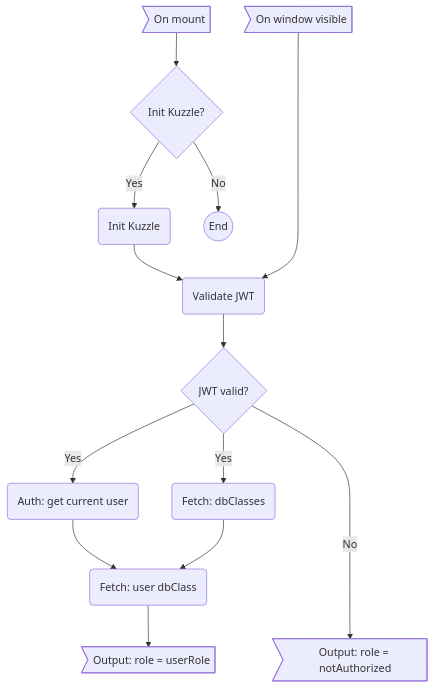
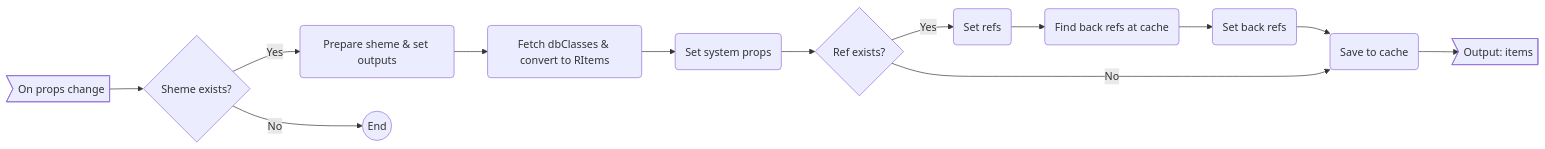
One commit to rolderdev/rolder-kit changed the diagram in docs/UseData.md. Above: the diagram before and after it, drawn with Mermaid. The commit also changed 66 other files, not shown here.

````diff
--- a/docs/UseData.md
+++ b/docs/UseData.md
@@ -8,12 +8,10 @@
 ```mermaid
-flowchart TD
-    A>On mount] --> A1{Init Kuzzle?}
-        A1 -->|Yes| AY1(Init Kuzzle) --> AY2(Validate JWT)
-            --> AY3{JWT valid?}
-                AY3 -->|Yes| AY3Y1(Auth: get current user) & AY3Y2(Fetch: dbClasses) --> AY3Y3
-                    AY3Y3(Fetch: user dbClass) --> EY4>Output: role = userRole]
-                AY3 ---->|No| AY3N1>Output: role = notAuthorized]
-        A1 -->|No| AN1((End))
-    B>On window visible] ----> AY2
+flowchart LR
+    a>On props change] --> a1{Sheme exists?}
+       a1 -->|Yes| ay1(Prepare sheme & set outputs) --> ay2(Fetch dbClasses & convert to RItems) --> ay3(Set system props) --> ay4{Ref exists?}
+            ay4 -->|Yes| ay4y1(Set refs) --> ay4y2(Find back refs at cache) --> ay4y3(Set back refs) --> a2
+            ay4 -->|No| a2
+       a1 -->|No| an1((End))
+       a2(Save to cache) --> a3>Output: items]
     
 ```
````
